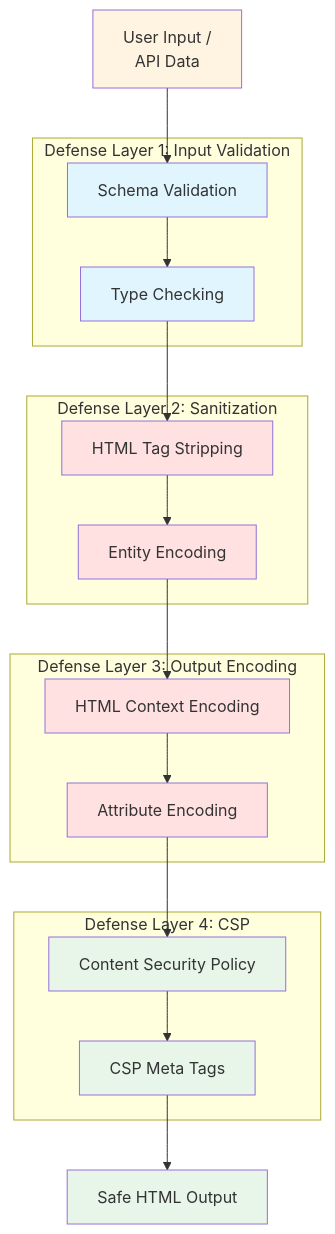
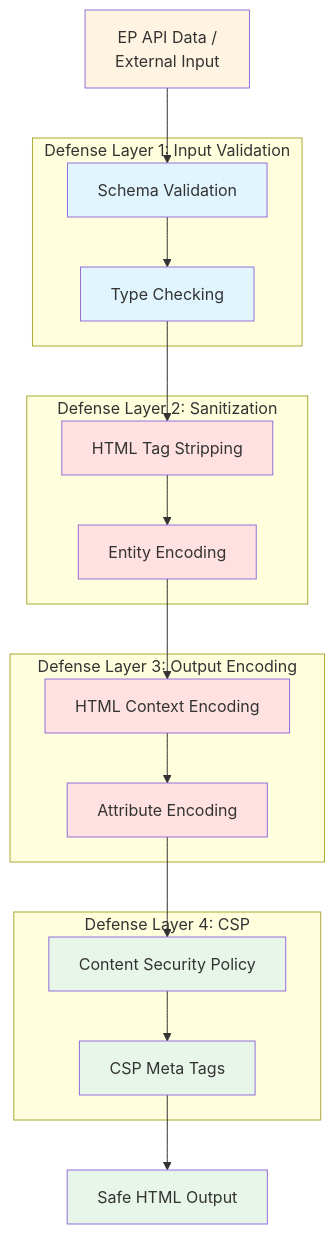
The eighth of 18 diagrams in SECURITY_ARCHITECTURE.md (Hack23/euparliamentmonitor), drawn with Mermaid before and after one commit. The commit also changed other lines of this file, not shown here.

First line of the commit message:
fix: correct SECURITY_ARCHITECTURE.md to match actual system implementation

````diff
--- a/SECURITY_ARCHITECTURE.md
+++ b/SECURITY_ARCHITECTURE.md
@@ -761,47 +768,47 @@
 ```mermaid
 flowchart TD
-    INPUT[User Input /<br/>API Data]
+    INPUT[EP API Data /<br/>External Input]
 
     subgraph "Defense Layer 1: Input Validation"
         VAL[Schema Validation]
         TYPE[Type Checking]
     end
 
     subgraph "Defense Layer 2: Sanitization"
         STRIP[HTML Tag Stripping]
         ENCODE[Entity Encoding]
     end
 
     subgraph "Defense Layer 3: Output Encoding"
         HTML_ENCODE[HTML Context Encoding]
         ATTR_ENCODE[Attribute Encoding]
     end
 
     subgraph "Defense Layer 4: CSP"
         CSP[Content Security Policy]
         META[CSP Meta Tags]
     end
 
     OUTPUT[Safe HTML Output]
 
     INPUT --> VAL
     VAL --> TYPE
     TYPE --> STRIP
     STRIP --> ENCODE
     ENCODE --> HTML_ENCODE
     HTML_ENCODE --> ATTR_ENCODE
     ATTR_ENCODE --> CSP
     CSP --> META
     META --> OUTPUT
 
     style INPUT fill:#fff4e1
     style VAL fill:#e1f5ff
     style TYPE fill:#e1f5ff
     style STRIP fill:#ffe1e1
     style ENCODE fill:#ffe1e1
     style HTML_ENCODE fill:#ffe1e1
     style ATTR_ENCODE fill:#ffe1e1
     style CSP fill:#e8f5e9
     style META fill:#e8f5e9
     style OUTPUT fill:#e8f5e9
 ```
````
